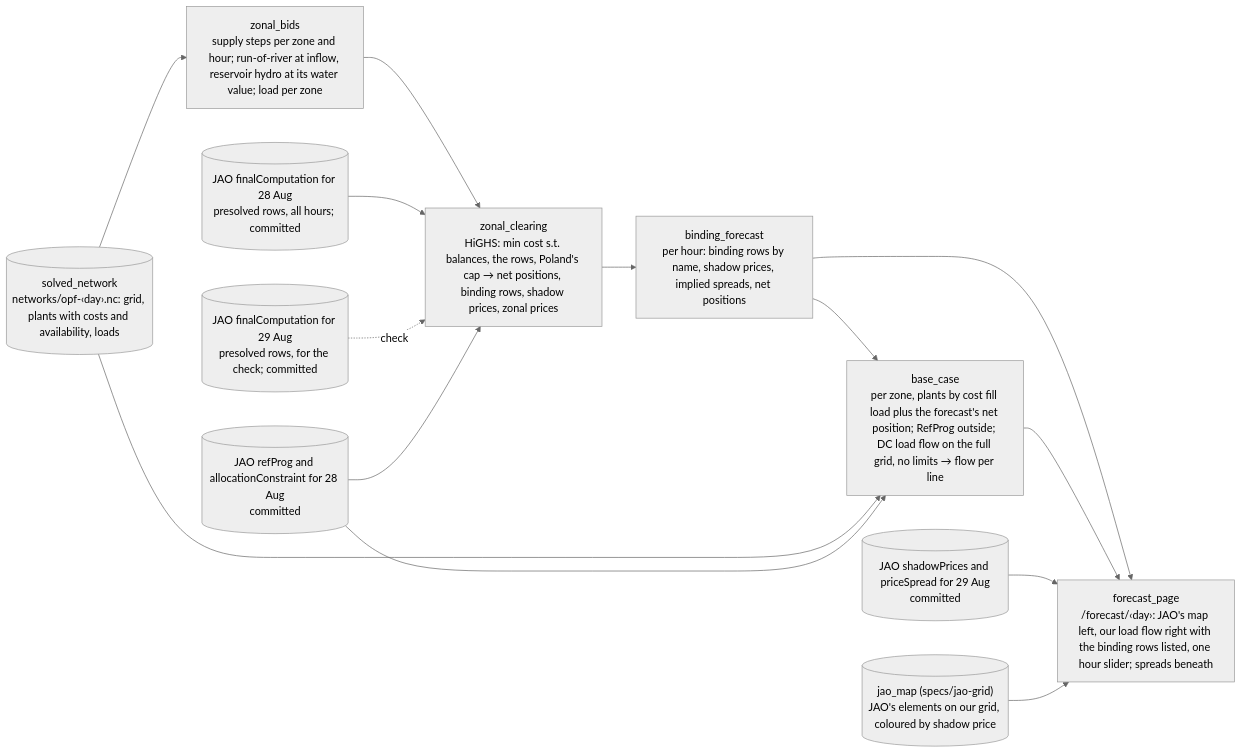
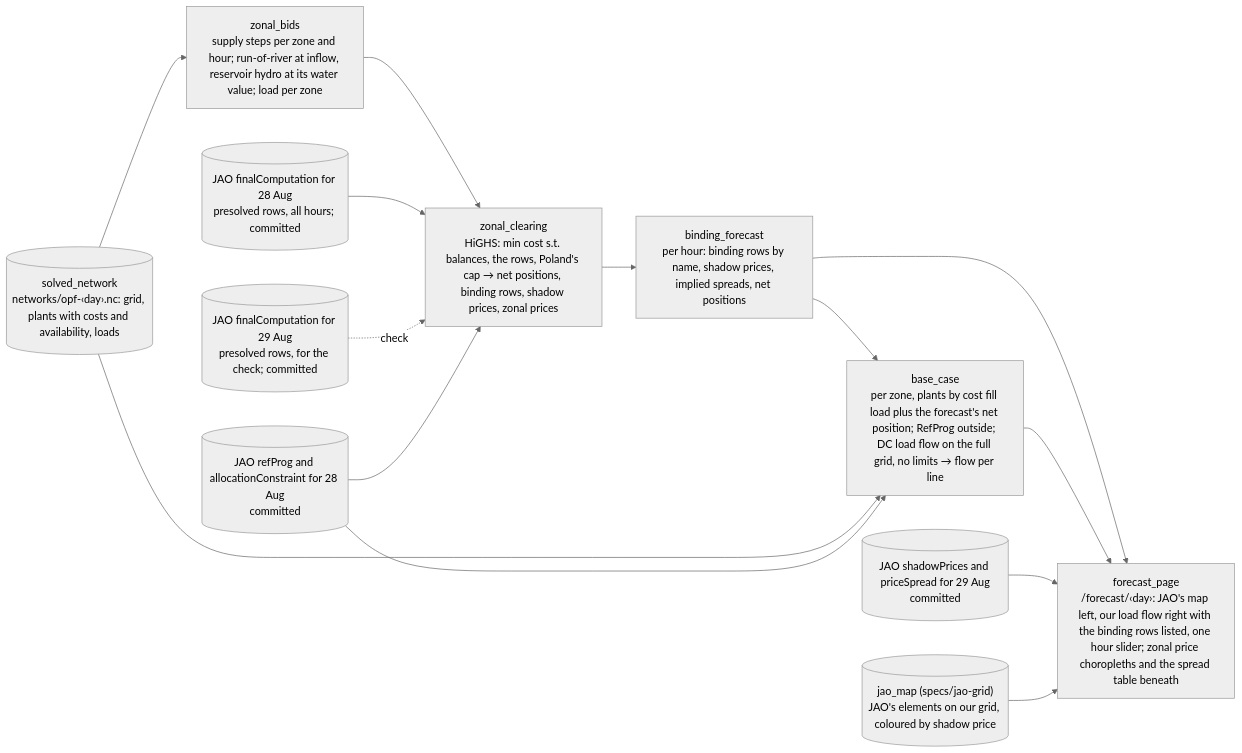
Before and after one commit to zoltanmaric/coppersushi: the diagram in wiki/specs/core-congestion-forecast.md, drawn with Mermaid (neutral theme). The commit also changed other lines of this file, not shown here.

First line of the commit message:
Forecast spec: zonal price choropleths on the page, a screenshot for later sessions

````diff
--- a/wiki/specs/core-congestion-forecast.md
+++ b/wiki/specs/core-congestion-forecast.md
@@ -38,28 +38,28 @@
 ```mermaid
 flowchart LR
 
     rows_28[("JAO finalComputation for 28 Aug<br/>presolved rows, all hours; committed")]
     rows_29[("JAO finalComputation for 29 Aug<br/>presolved rows, for the check; committed")]
     truth[("JAO shadowPrices and priceSpread for 29 Aug<br/>committed")]
     outside[("JAO refProg and allocationConstraint for 28 Aug<br/>committed")]
     grid[("solved_network<br/>networks/opf-‹day›.nc: grid, plants with costs and availability, loads")]
     jao_map[("jao_map (specs/jao-grid)<br/>JAO's elements on our grid, coloured by shadow price")]
 
     bids["zonal_bids<br/>supply steps per zone and hour; run-of-river at inflow, reservoir hydro at its water value; load per zone"]
     lp["zonal_clearing<br/>HiGHS: min cost s.t. balances, the rows, Poland's cap → net positions, binding rows, shadow prices, zonal prices"]
     forecast["binding_forecast<br/>per hour: binding rows by name, shadow prices, implied spreads, net positions"]
     base["base_case<br/>per zone, plants by cost fill load plus the forecast's net position; RefProg outside; DC load flow on the full grid, no limits → flow per line"]
-    page["forecast_page<br/>/forecast/‹day›: JAO's map left, our load flow right with the binding rows listed, one hour slider; spreads beneath"]
+    page["forecast_page<br/>/forecast/‹day›: JAO's map left, our load flow right with the binding rows listed, one hour slider; zonal price choropleths and the spread table beneath"]
 
     grid --> bids --> lp
     rows_28 --> lp
     rows_29 -. check .-> lp
     outside --> lp
     lp --> forecast --> page
     forecast --> base
     grid --> base
     outside --> base
     base --> page
     truth --> page
     jao_map --> page
 ```
````
